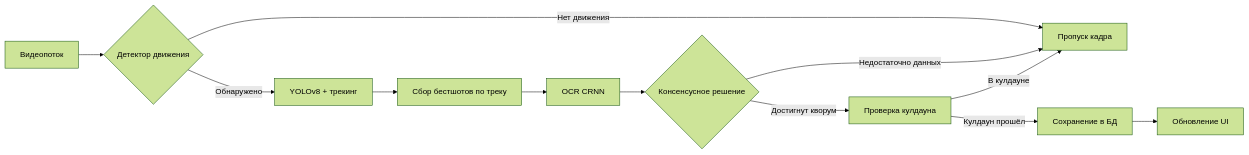
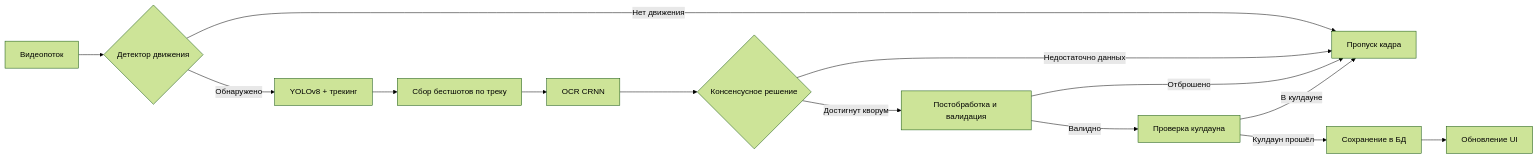
Before and after one commit to quick-1y/ANPR-System-v0.5: the diagram in README.md, drawn with Mermaid (forest theme). The commit also changed other lines of this file and 14 other files, not shown here.

````diff
--- a/README.md
+++ b/README.md
@@ -118,14 +118,16 @@
 ```mermaid
 flowchart LR
     A[Видеопоток] --> B{Детектор движения}
     B -->|Обнаружено| C[YOLOv8 + трекинг]
     B -->|Нет движения| Z[Пропуск кадра]
     C --> D[Сбор бестшотов по треку]
     D --> E[OCR CRNN]
     E --> F{Консенсусное решение}
-    F -->|Достигнут кворум| G[Проверка кулдауна]
+    F -->|Достигнут кворум| G[Постобработка и валидация]
     F -->|Недостаточно данных| Z
-    G -->|Кулдаун прошёл| H[Сохранение в БД]
-    G -->|В кулдауне| Z
-    H --> I[Обновление UI]
+    G -->|Валидно| H[Проверка кулдауна]
+    G -->|Отброшено| Z
+    H -->|Кулдаун прошёл| I[Сохранение в БД]
+    H -->|В кулдауне| Z
+    I --> J[Обновление UI]
 ```
````
